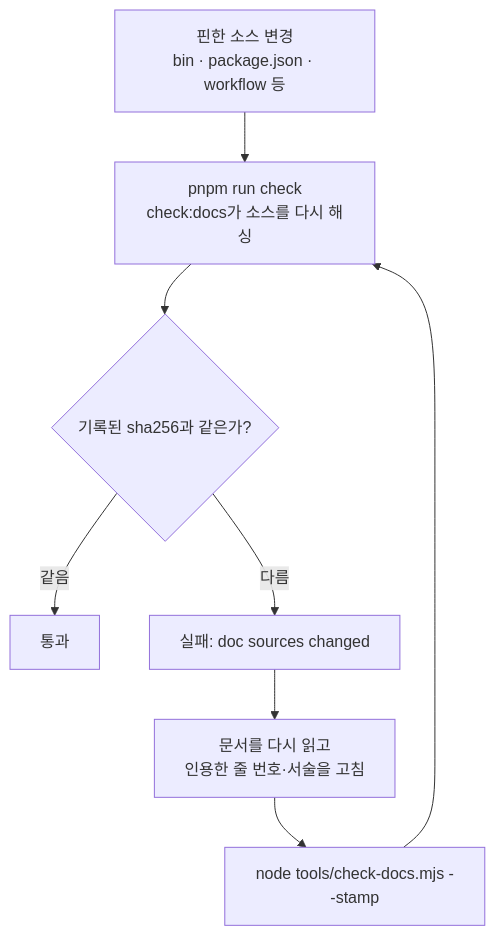
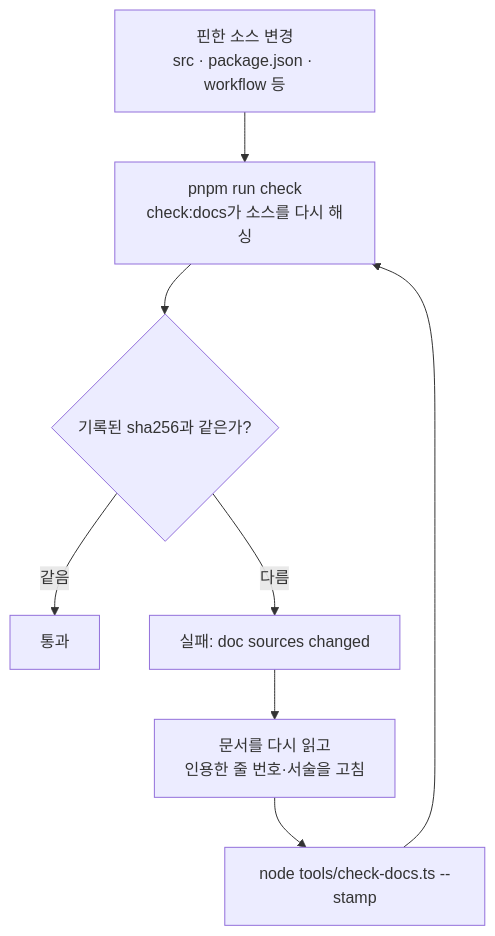
One commit to IsthisLee/agent-context-manager changed the first of 2 diagrams in docs/repository-operations.md. Above: the diagram before and after it, drawn with Mermaid. The commit also changed other lines of this file and 102 other files, not shown here.

````diff
--- a/docs/repository-operations.md
+++ b/docs/repository-operations.md
@@ -30,10 +30,10 @@
 ```mermaid
 flowchart TD
-  SRC["핀한 소스 변경<br/>bin · package.json · workflow 등"] --> CHECK["pnpm run check<br/>check:docs가 소스를 다시 해싱"]
+  SRC["핀한 소스 변경<br/>src · package.json · workflow 등"] --> CHECK["pnpm run check<br/>check:docs가 소스를 다시 해싱"]
   CHECK --> CMP{"기록된 sha256과 같은가?"}
   CMP -->|"같음"| PASS["통과"]
   CMP -->|"다름"| FAIL["실패: doc sources changed"]
   FAIL --> READ["문서를 다시 읽고<br/>인용한 줄 번호·서술을 고침"]
-  READ --> STAMP["node tools/check-docs.mjs --stamp"]
+  READ --> STAMP["node tools/check-docs.ts --stamp"]
   STAMP --> CHECK
 ```
````
